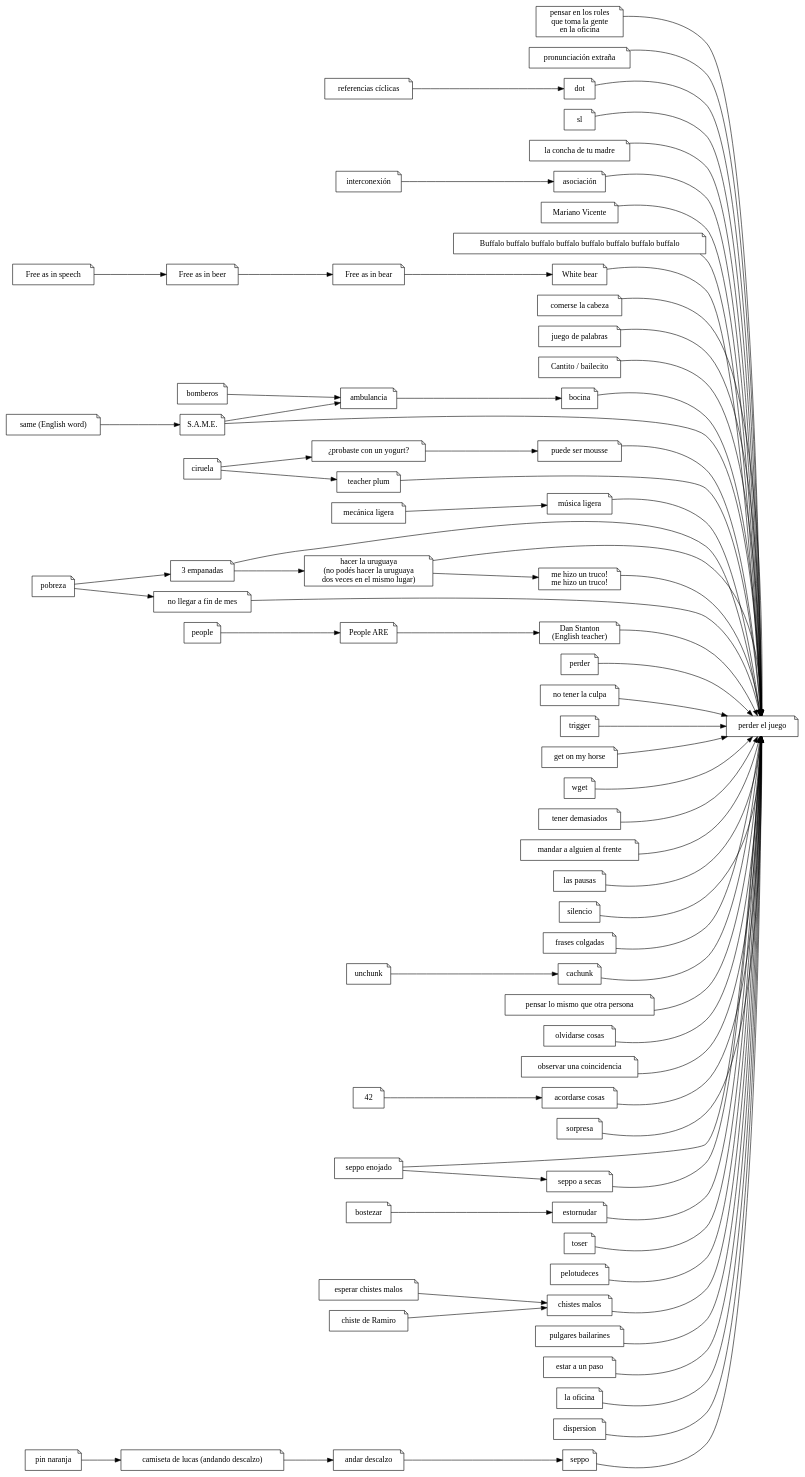
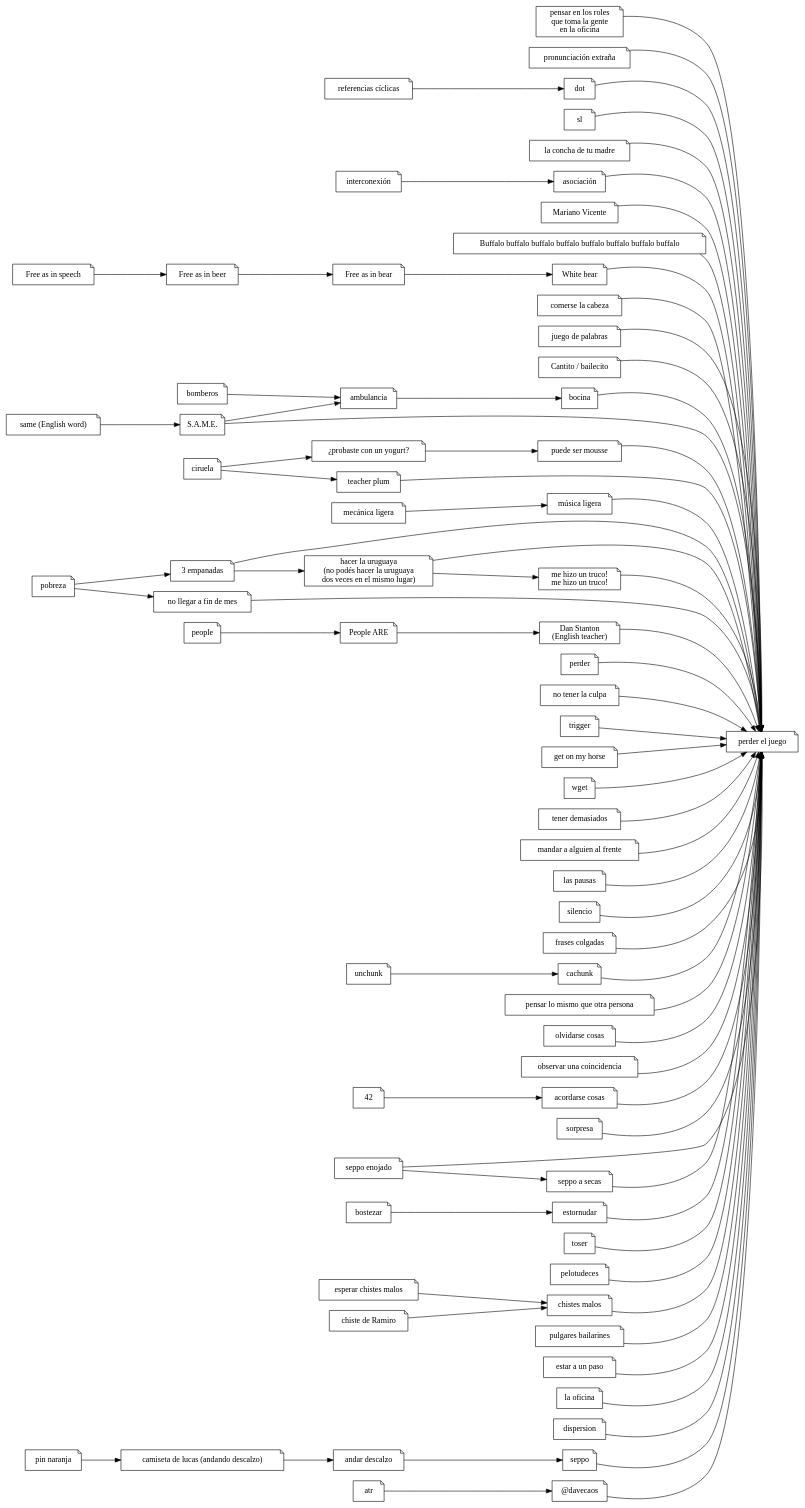
Before and after one commit to ramiror/ilostthegame: the diagram in ilostthegame.dot, drawn with Graphviz. The commit also changed 2 other files, not shown here.

Commit message:
@davecaos

```diff
--- a/ilostthegame.dot
+++ b/ilostthegame.dot
@@ -1,102 +1,103 @@
 digraph
 {
     rankdir="LR"
     node [shape="note"]
 
     pej [label="perder el juego"]
     roles [label="pensar en los roles\nque toma la gente\nen la oficina"]
     pe [label="pronunciación extraña"]
     dot
     sl
     rc [label="referencias cíclicas"]
     camiseta [label="camiseta de lucas (andando descalzo)"]
     lcdtm [label="la concha de tu madre"]
     bomberos
     int [label="interconexión"]
     asoc [label="asociación"]
     mv [label="Mariano Vicente"]
     buffalo [label="Buffalo buffalo buffalo buffalo buffalo buffalo buffalo buffalo"]
     fais [label="Free as in speech"]
     faib [label="Free as in beer"]
     faibe [label="Free as in bear"]
     wb [label="White bear"]
     comecoco [label="comerse la cabeza"]
     palabras [label="juego de palabras"]
     cantito [label="Cantito / bailecito"]
     same_english [label="same (English word)"]
     same_acronym [label="S.A.M.E."]
     yogurt [label="¿probaste con un yogurt?"]
     mousse [label="puede ser mousse"]
     teacher_plum [label="teacher plum"]
     meli [label="mecánica ligera"]
     muli [label="música ligera"]
     pobreza [label="pobreza"]
     emp3 [label="3 empanadas"]
     nomes [label="no llegar a fin de mes"]
     uruguaya [label="hacer la uruguaya\n(no podés hacer la uruguaya\ndos veces en el mismo lugar)"]
     truco [label="me hizo un truco!\nme hizo un truco!"]
     people_are [label="People ARE"]
     dan_stanton [label="Dan Stanton\n(English teacher)"]
 
     perder                              -> pej
     "no tener la culpa"                 -> pej
     trigger                             -> pej
     "get on my horse"                   -> pej
     wget                                -> pej
     "tener demasiados"                  -> pej
     "mandar a alguien al frente"        -> pej
     "las pausas"                        -> pej
     silencio                            -> pej
     "frases colgadas"                   -> pej
     cachunk                             -> pej
     "pensar lo mismo que otra persona"  -> pej
     "olvidarse cosas"                   -> pej
     "observar una coincidencia"         -> pej
     "acordarse cosas"                   -> pej
     sorpresa                            -> pej
     "seppo enojado"                     -> pej
     estornudar                          -> pej
     toser                               -> pej
     bocina                              -> pej
     pelotudeces                         -> pej
     roles -> pej
     "seppo enojado" -> "seppo a secas"  -> pej
     "chistes malos"                     -> pej
     pe                                  -> pej
     "pulgares bailarines"               -> pej
     "estar a un paso"                   -> pej
     "la oficina"                        -> pej
     "dispersion"                        -> pej
     seppo                               -> pej
     lcdtm                               -> pej
     asoc                                -> pej
     mv                                  -> pej
     dot                                 -> pej
     sl                                  -> pej
     buffalo                             -> pej
     comecoco                            -> pej
     palabras                            -> pej
 
     bomberos -> "ambulancia" -> "bocina"
     "esperar chistes malos" -> "chistes malos"
     "chiste de Ramiro" -> "chistes malos"
     "unchunk" -> "cachunk"
     "andar descalzo" -> "seppo"
     "pin naranja" -> camiseta -> "andar descalzo"
     int -> asoc
     "bostezar" -> estornudar
     42 -> "acordarse cosas"
     rc -> dot
     fais -> faib -> faibe -> wb         -> pej
     cantito                             -> pej
     same_english -> same_acronym        -> pej
     same_acronym -> ambulancia
     ciruela -> yogurt -> mousse         -> pej
     ciruela -> teacher_plum             -> pej
     meli -> muli                        -> pej
     pobreza -> emp3                     -> pej
     pobreza -> nomes                    -> pej
     emp3 -> uruguaya                    -> pej
     uruguaya -> truco                   -> pej
     people -> people_are -> dan_stanton -> pej
+    atr -> "@davecaos"                  -> pej
 }
```
